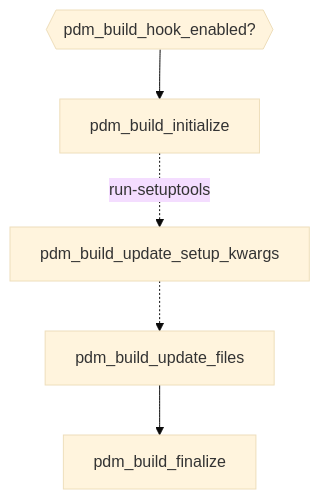
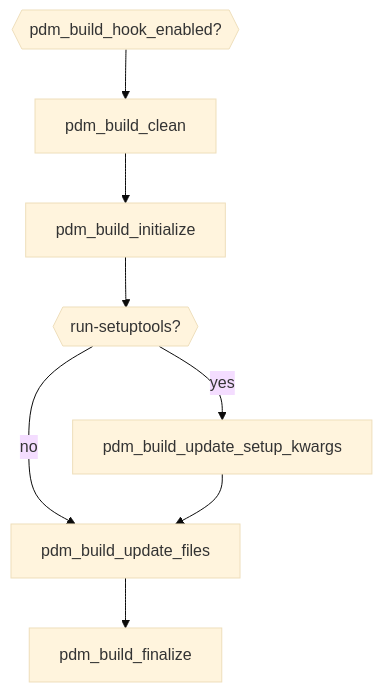
Before and after one commit to pdm-project/pdm-backend: the diagram in docs/hooks.md, drawn with Mermaid (base theme). The commit also changed other lines of this file and 2 other files, not shown here.

Commit message:
doc: Clarify order of `pdm_build_initialize` and `pdm_build_clean` (#181)

````diff
--- a/docs/hooks.md
+++ b/docs/hooks.md
@@ -90,7 +101,10 @@
 ```mermaid
 flowchart TD
-    A{{pdm_build_hook_enabled?}}-->pdm_build_initialize
-    pdm_build_initialize-.run-setuptools.-> pdm_build_update_setup_kwargs
-    pdm_build_update_setup_kwargs-.->pdm_build_update_files
-    pdm_build_update_files --> pdm_build_finalize
+    A{{pdm_build_hook_enabled?}} --> pdm_build_clean
+    pdm_build_clean --> pdm_build_initialize
+    pdm_build_initialize --> B{{run-setuptools?}}
+    B --> |yes|C[pdm_build_update_setup_kwargs]
+    B --> |no|D[pdm_build_update_files]
+    C --> D
+    D --> pdm_build_finalize
 ```
````
